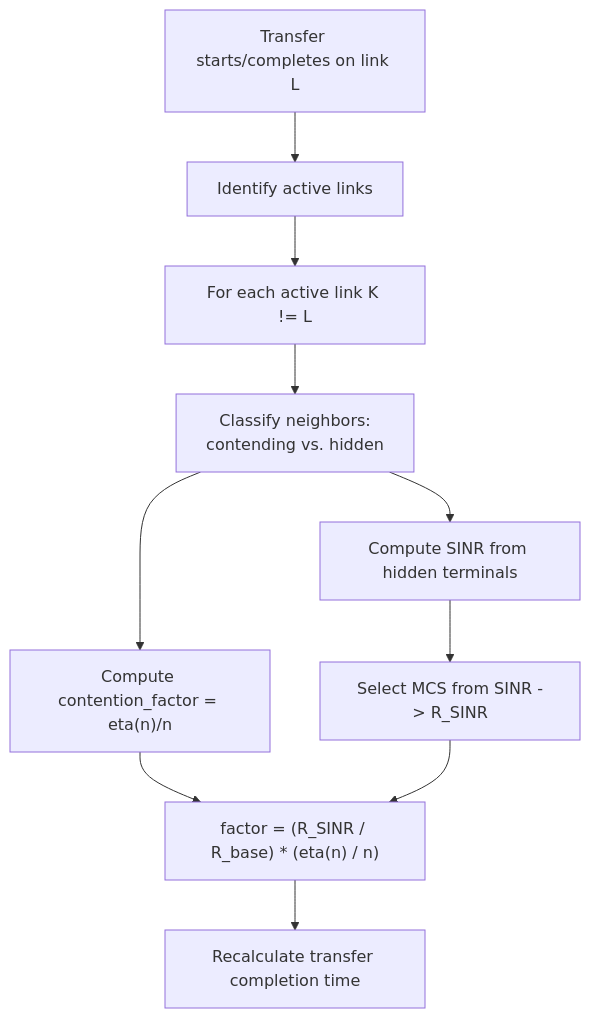
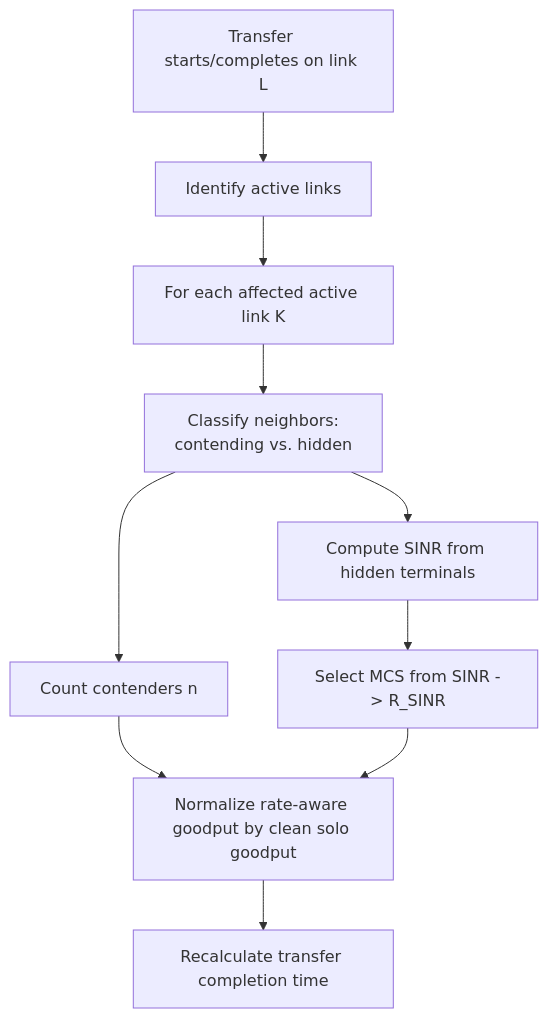
One commit to ANRGUSC/ncsim changed the second of 2 diagrams in docs/concepts/wifi-model.md. Above: the diagram before and after it, drawn with Mermaid. The commit also changed other lines of this file and 10 other files, not shown here.

````diff
--- a/docs/concepts/wifi-model.md
+++ b/docs/concepts/wifi-model.md
@@ -350,12 +343,12 @@
 ```mermaid
 flowchart TD
     A["Transfer starts/completes on link L"] --> B["Identify active links"]
-    B --> C["For each active link K != L"]
+    B --> C["For each affected active link K"]
     C --> D["Classify neighbors:<br/>contending vs. hidden"]
-    D --> E["Compute contention_factor = eta(n)/n"]
+    D --> E["Count contenders n"]
     D --> F["Compute SINR from hidden terminals"]
     F --> G["Select MCS from SINR -> R_SINR"]
-    E --> H["factor = (R_SINR / R_base) * (eta(n) / n)"]
+    E --> H["Normalize rate-aware goodput by clean solo goodput"]
     G --> H
     H --> I["Recalculate transfer completion time"]
 ```
````
